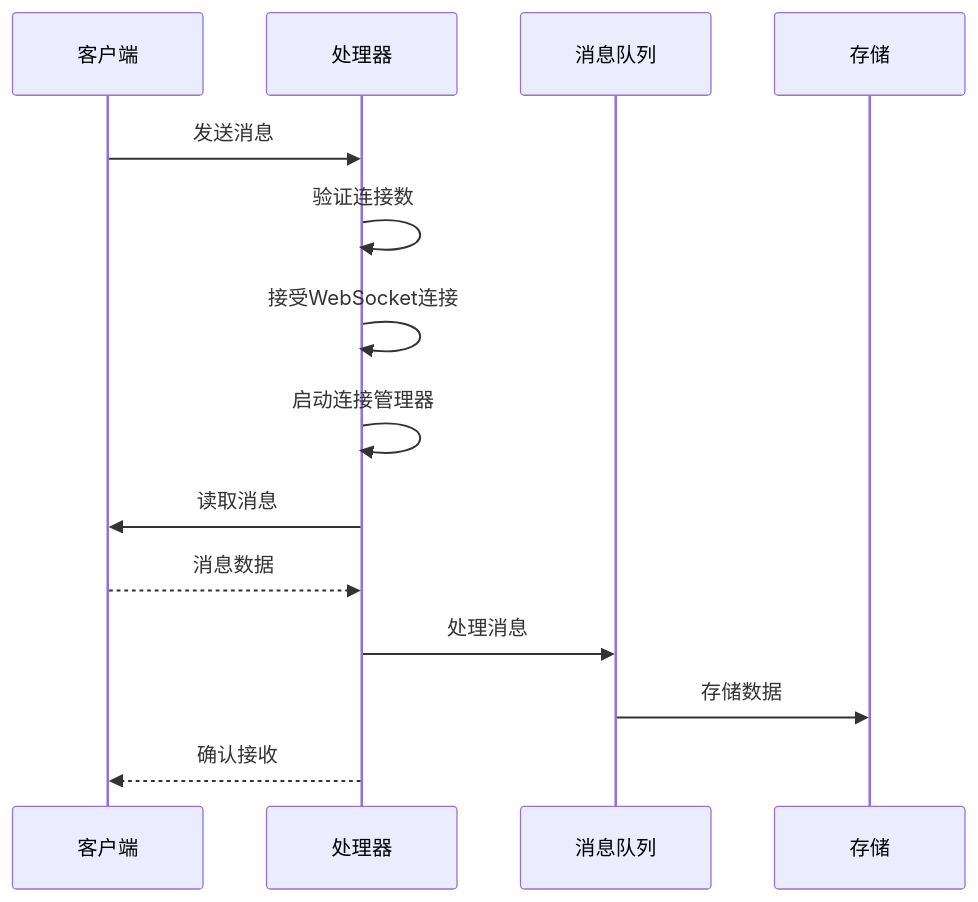
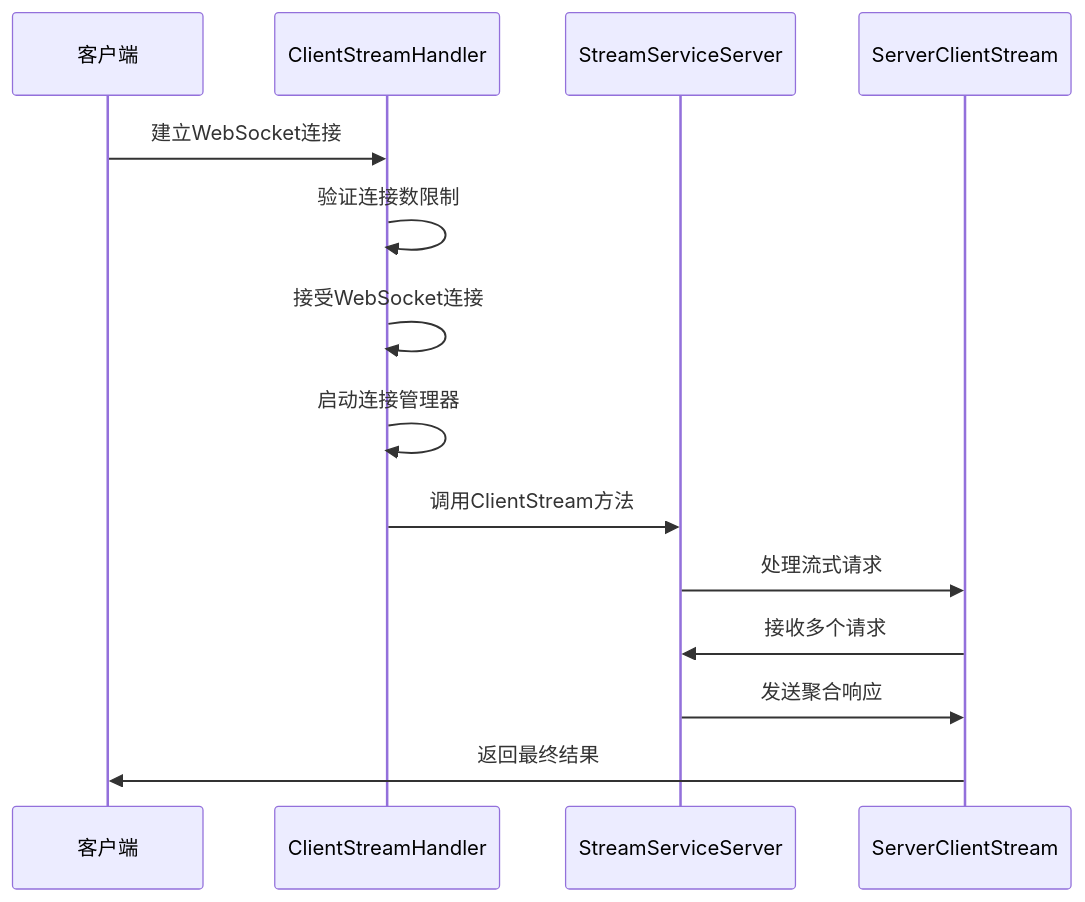
Before and after one commit to soyacen/goose: diagram 12 of 15 in .agents/repowiki/zh/content/示例和最佳实践/WebSocket流式系统.md, drawn with Mermaid. The commit also changed other lines of this file and 4 other files, not shown here.

First line of the commit message:
Refactor stream service code: simplify request/response types and separate interfaces

````diff
--- a/.agents/repowiki/zh/content/示例和最佳实践/WebSocket流式系统.md
+++ b/.agents/repowiki/zh/content/示例和最佳实践/WebSocket流式系统.md
@@ -488,16 +487,16 @@
 ```mermaid
 sequenceDiagram
 participant Client as 客户端
-participant Handler as 处理器
-participant Queue as 消息队列
-participant Storage as 存储
-Client->>Handler : 发送消息
-Handler->>Handler : 验证连接数
+participant Handler as ClientStreamHandler
+participant Service as StreamServiceServer
+participant Stream as ServerClientStream
+Client->>Handler : 建立WebSocket连接
+Handler->>Handler : 验证连接数限制
 Handler->>Handler : 接受WebSocket连接
 Handler->>Handler : 启动连接管理器
-Handler->>Client : 读取消息
-Client-->>Handler : 消息数据
-Handler->>Queue : 处理消息
-Queue->>Storage : 存储数据
-Handler-->>Client : 确认接收
+Handler->>Service : 调用ClientStream方法
+Service->>Stream : 处理流式请求
+Stream->>Service : 接收多个请求
+Service->>Stream : 发送聚合响应
+Stream->>Client : 返回最终结果
 ```
````
